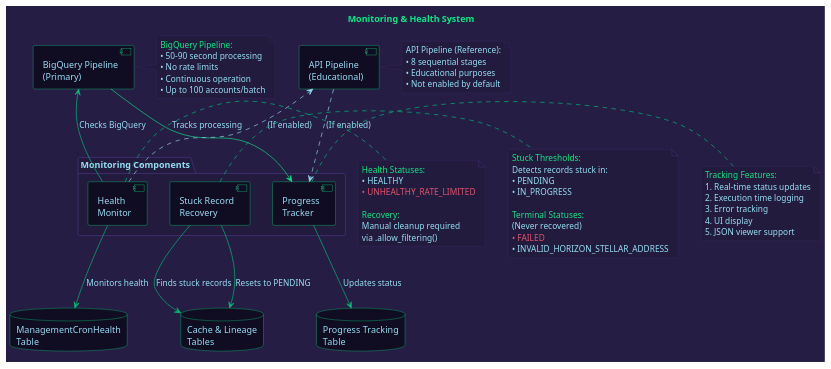
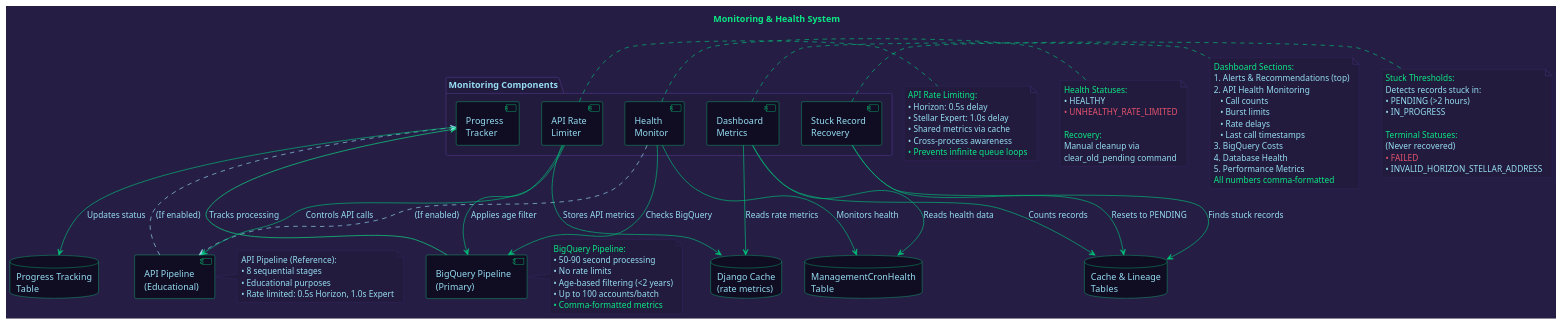
Before and after one commit to areveur51/StellarMapWeb: the diagram in diagrams/05_monitoring_system.puml, drawn with PlantUML. The commit also changed 6 other files, not shown here.

First line of the commit message:
Update system diagrams and documentation for clarity

```diff
--- a/diagrams/05_monitoring_system.puml
+++ b/diagrams/05_monitoring_system.puml
@@ -1,104 +1,130 @@
 @startuml Monitoring System
 
 skinparam backgroundColor #261D45
 skinparam defaultFontColor #96DDF2
 
 skinparam component {
   BackgroundColor #100D23
   BorderColor #0BE784
   FontColor #96DDF2
   ArrowColor #01C176
 }
 
 skinparam database {
   BackgroundColor #100D23
   BorderColor #0BE784
   FontColor #96DDF2
 }
 
 skinparam package {
   BackgroundColor #231B3D
   BorderColor #3f2c70
   FontColor #96DDF2
 }
 
 skinparam note {
   BackgroundColor #231B3D
   BorderColor #3f2c70
   FontColor #96DDF2
 }
 
 title <color:#0BE784>Monitoring & Health System
 
 package "Monitoring Components" #231B3D {
   component "Health\nMonitor" as HealthMonitor
   component "Stuck Record\nRecovery" as Recovery
   component "Progress\nTracker" as ProgressTracker
+  component "API Rate\nLimiter" as RateLimiter
+  component "Dashboard\nMetrics" as Dashboard
 }
 
 component "BigQuery Pipeline\n(Primary)" as BQPipeline
 component "API Pipeline\n(Educational)" as APIPipeline
 
 database "ManagementCronHealth\nTable" as HealthDB
 database "Progress Tracking\nTable" as ProgressDB
 database "Cache & Lineage\nTables" as DataDB
+database "Django Cache\n(rate metrics)" as CacheDB
 
 BQPipeline -[#0BE784]-> ProgressTracker : "Tracks processing"
 APIPipeline -[#96DDF2,dashed]-> ProgressTracker : "(If enabled)"
 
 ProgressTracker -[#01C176]-> ProgressDB : "Updates status"
 
 HealthMonitor -[#01C176]-> HealthDB : "Monitors health"
 HealthMonitor -[#01C176]-> BQPipeline : "Checks BigQuery"
 HealthMonitor -[#96DDF2,dashed]-> APIPipeline : "(If enabled)"
 
 Recovery -[#01C176]-> DataDB : "Finds stuck records"
 Recovery -[#01C176]-> DataDB : "Resets to PENDING"
 
+RateLimiter -[#01C176]-> CacheDB : "Stores API metrics"
+RateLimiter -[#01C176]-> APIPipeline : "Controls API calls"
+RateLimiter -[#01C176]-> BQPipeline : "Applies age filter"
+
+Dashboard -[#01C176]-> HealthDB : "Reads health data"
+Dashboard -[#01C176]-> CacheDB : "Reads rate metrics"
+Dashboard -[#01C176]-> DataDB : "Counts records"
+
 note right of BQPipeline #231B3D
   <color:#0BE784>BigQuery Pipeline:
   <color:#96DDF2>• 50-90 second processing
   <color:#96DDF2>• No rate limits
-  <color:#96DDF2>• Continuous operation
+  <color:#96DDF2>• Age-based filtering (<2 years)
   <color:#96DDF2>• Up to 100 accounts/batch
+  <color:#0BE784>• Comma-formatted metrics
 end note
 
 note right of APIPipeline #231B3D
   <color:#96DDF2>API Pipeline (Reference):
   <color:#96DDF2>• 8 sequential stages
   <color:#96DDF2>• Educational purposes
-  <color:#96DDF2>• Not enabled by default
+  <color:#96DDF2>• Rate limited: 0.5s Horizon, 1.0s Expert
 end note
 
 note right of HealthMonitor #231B3D
   <color:#0BE784>Health Statuses:
   <color:#96DDF2>• HEALTHY
   <color:#E5526F>• UNHEALTHY_RATE_LIMITED
   
   <color:#0BE784>Recovery:
-  <color:#96DDF2>Manual cleanup required
-  via .allow_filtering()
+  <color:#96DDF2>Manual cleanup via
+  clear_old_pending command
 end note
 
 note right of Recovery #231B3D
   <color:#0BE784>Stuck Thresholds:
   <color:#96DDF2>Detects records stuck in:
-  • PENDING
+  • PENDING (>2 hours)
   • IN_PROGRESS
   
   <color:#0BE784>Terminal Statuses:
   <color:#96DDF2>(Never recovered)
   <color:#E5526F>• FAILED
   • INVALID_HORIZON_STELLAR_ADDRESS
 end note
 
-note right of ProgressTracker #231B3D
-  <color:#0BE784>Tracking Features:
-  <color:#96DDF2>1. Real-time status updates
-  2. Execution time logging
-  3. Error tracking
-  4. UI display
-  5. JSON viewer support
+note right of RateLimiter #231B3D
+  <color:#0BE784>API Rate Limiting:
+  <color:#96DDF2>• Horizon: 0.5s delay
+  <color:#96DDF2>• Stellar Expert: 1.0s delay
+  <color:#96DDF2>• Shared metrics via cache
+  <color:#96DDF2>• Cross-process awareness
+  <color:#0BE784>• Prevents infinite queue loops
+end note
+
+note right of Dashboard #231B3D
+  <color:#0BE784>Dashboard Sections:
+  <color:#96DDF2>1. Alerts & Recommendations (top)
+  <color:#96DDF2>2. API Health Monitoring
+  <color:#96DDF2>   • Call counts
+  <color:#96DDF2>   • Burst limits
+  <color:#96DDF2>   • Rate delays
+  <color:#96DDF2>   • Last call timestamps
+  <color:#96DDF2>3. BigQuery Costs
+  <color:#96DDF2>4. Database Health
+  <color:#96DDF2>5. Performance Metrics
+  <color:#0BE784>All numbers comma-formatted
 end note
 
 @enduml
```
